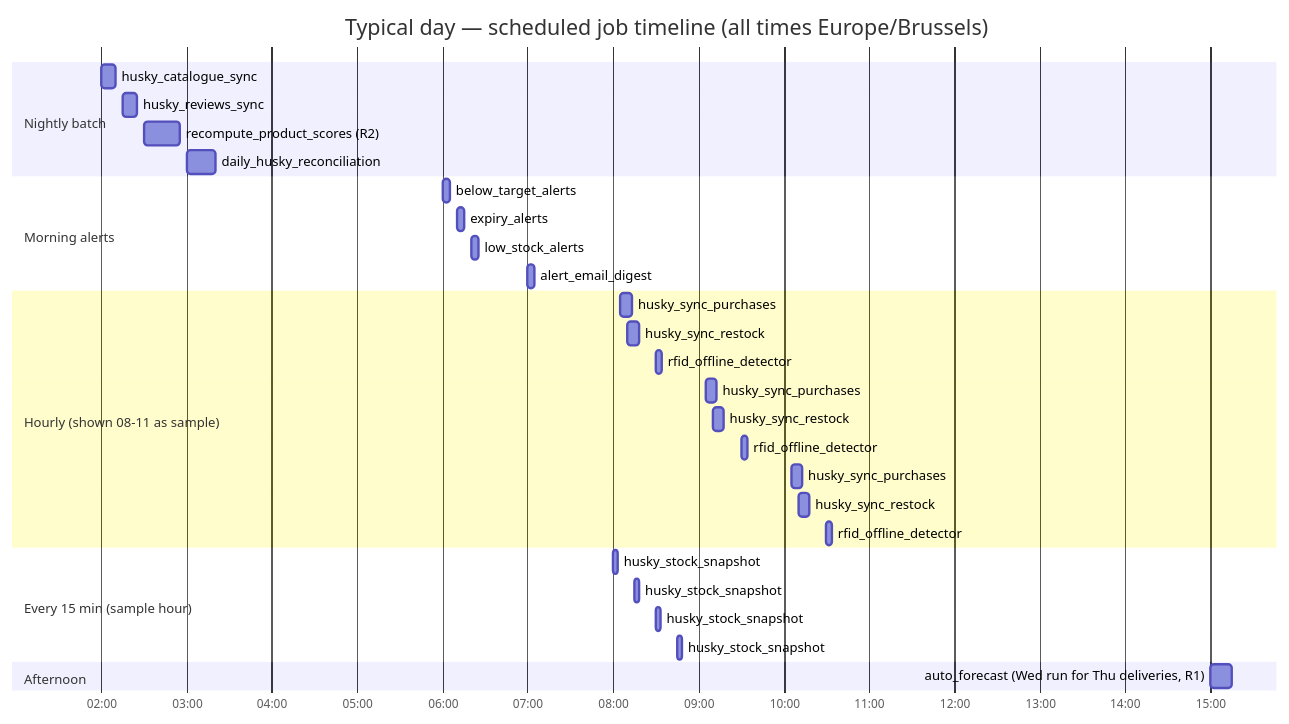
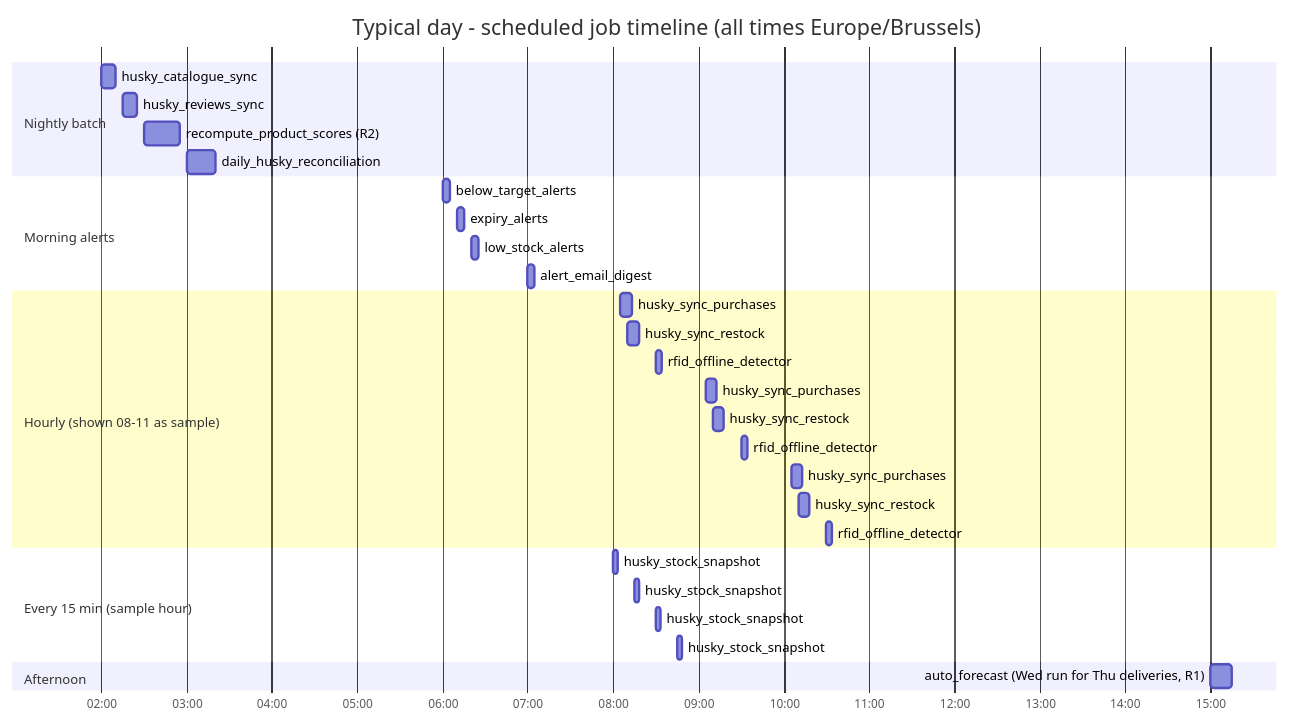
The diagram in architecture/cron/README.md (1504168/frigoloco-web), drawn with Mermaid before and after one commit. The commit also changed other lines of this file and 110 other files, not shown here.

````diff
--- a/architecture/cron/README.md
+++ b/architecture/cron/README.md
@@ -42,38 +42,38 @@
 ```mermaid
 gantt
-    title Typical day — scheduled job timeline (all times Europe/Brussels)
+    title Typical day - scheduled job timeline (all times Europe/Brussels)
     dateFormat HH:mm
     axisFormat %H:%M
 
     section Nightly batch
     husky_catalogue_sync            :n1, 02:00, 10m
     husky_reviews_sync              :n2, 02:15, 10m
     recompute_product_scores (R2)   :n3, 02:30, 25m
     daily_husky_reconciliation      :n4, 03:00, 20m
 
     section Morning alerts
     below_target_alerts             :m1, 06:00, 5m
     expiry_alerts                   :m2, 06:10, 5m
     low_stock_alerts                :m3, 06:20, 5m
     alert_email_digest              :m4, 07:00, 5m
 
     section Hourly (shown 08-11 as sample)
     husky_sync_purchases            :h1, 08:05, 8m
     husky_sync_restock              :h2, 08:10, 8m
     rfid_offline_detector           :h3, 08:30, 4m
     husky_sync_purchases            :h4, 09:05, 8m
     husky_sync_restock              :h5, 09:10, 8m
     rfid_offline_detector           :h6, 09:30, 4m
     husky_sync_purchases            :h7, 10:05, 8m
     husky_sync_restock              :h8, 10:10, 8m
     rfid_offline_detector           :h9, 10:30, 4m
 
     section Every 15 min (sample hour)
     husky_stock_snapshot            :s1, 08:00, 3m
     husky_stock_snapshot            :s2, 08:15, 3m
     husky_stock_snapshot            :s3, 08:30, 3m
     husky_stock_snapshot            :s4, 08:45, 3m
 
     section Afternoon
     auto_forecast (Wed run for Thu deliveries, R1) :a1, 15:00, 15m
 ```
````
